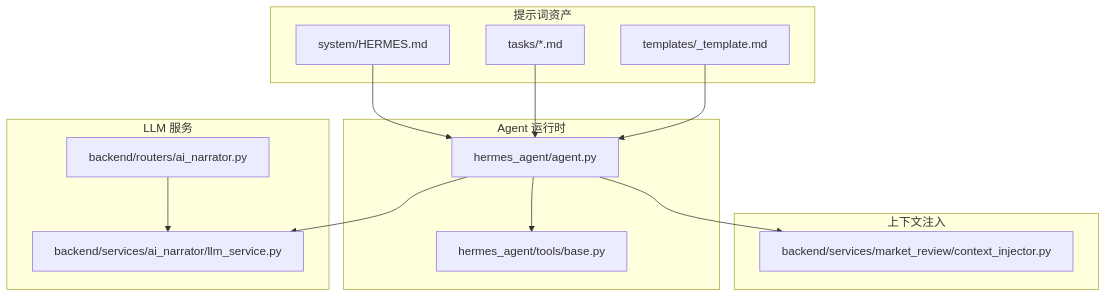
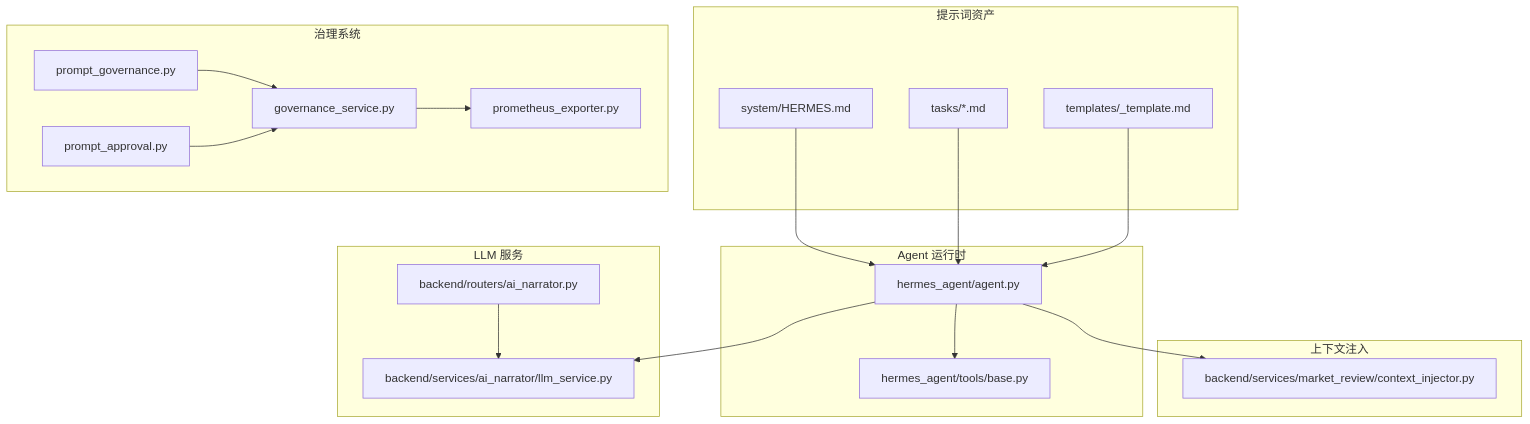
Before and after one commit to songlinhe5-lab/quant_agent: the first of 3 diagrams in .qoder/repowiki/zh/content/AI智能代理系统/提示词工程/提示词工程.md, drawn with Mermaid. The commit also changed other lines of this file and 294 other files, not shown here.

````diff
--- a/.qoder/repowiki/zh/content/AI智能代理系统/提示词工程/提示词工程.md
+++ b/.qoder/repowiki/zh/content/AI智能代理系统/提示词工程/提示词工程.md
@@ -36,26 +52,35 @@
 ```mermaid
 graph TB
 subgraph "提示词资产"
 P_SYS["system/HERMES.md"]
 P_TASKS["tasks/*.md"]
 P_TPL["templates/_template.md"]
 end
 subgraph "Agent 运行时"
 A_AGENT["hermes_agent/agent.py"]
 A_TOOLS["hermes_agent/tools/base.py"]
 end
 subgraph "LLM 服务"
 S_LLM["backend/services/ai_narrator/llm_service.py"]
 R_NARRATOR["backend/routers/ai_narrator.py"]
 end
 subgraph "上下文注入"
 C_INJ["backend/services/market_review/context_injector.py"]
 end
+subgraph "治理系统"
+G_GOV["prompt_governance.py"]
+G_APPROVAL["prompt_approval.py"]
+G_SERVICE["governance_service.py"]
+G_PROMETHEUS["prometheus_exporter.py"]
+end
 P_SYS --> A_AGENT
 P_TASKS --> A_AGENT
 P_TPL --> A_AGENT
 A_AGENT --> S_LLM
 A_AGENT --> C_INJ
 A_AGENT --> A_TOOLS
 R_NARRATOR --> S_LLM
+G_GOV --> G_SERVICE
+G_APPROVAL --> G_SERVICE
+G_SERVICE --> G_PROMETHEUS
 ```
````
